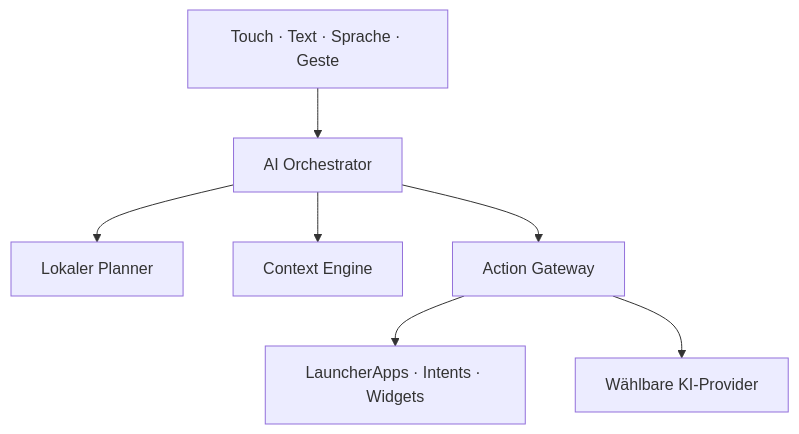
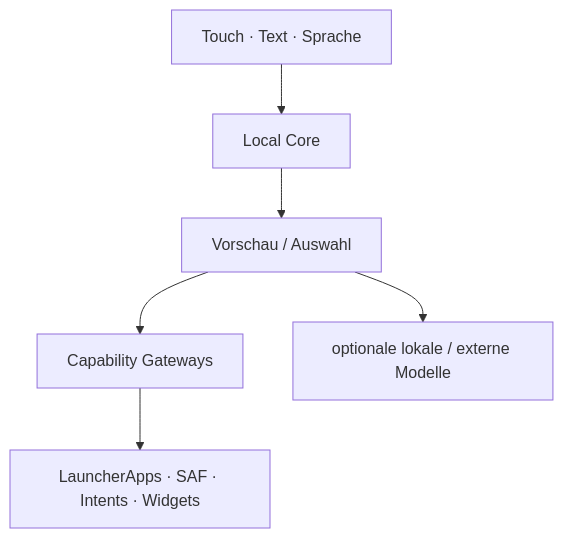
One commit to chekento/kosch-ai-android changed the first of 4 diagrams in docs/ARCHITECTURE.md. Above: the diagram before and after it, drawn with Mermaid. The commit also changed other lines of this file and 9 other files, not shown here.

````diff
--- a/docs/ARCHITECTURE.md
+++ b/docs/ARCHITECTURE.md
@@ -7,9 +7,8 @@
 ```mermaid
 flowchart TD
-    Input["Touch · Text · Sprache · Geste"] --> Orchestrator["AI Orchestrator"]
-    Orchestrator --> Local["Lokaler Planner"]
-    Orchestrator --> Context["Context Engine"]
-    Orchestrator --> Actions["Action Gateway"]
-    Actions --> Android["LauncherApps · Intents · Widgets"]
-    Actions --> Providers["Wählbare KI-Provider"]
+    Input["Touch · Text · Sprache"] --> Planner["Local Core"]
+    Planner --> Preview["Vorschau / Auswahl"]
+    Preview --> Gateway["Capability Gateways"]
+    Gateway --> Android["LauncherApps · SAF · Intents · Widgets"]
+    Preview --> Models["optionale lokale / externe Modelle"]
 ```
````
